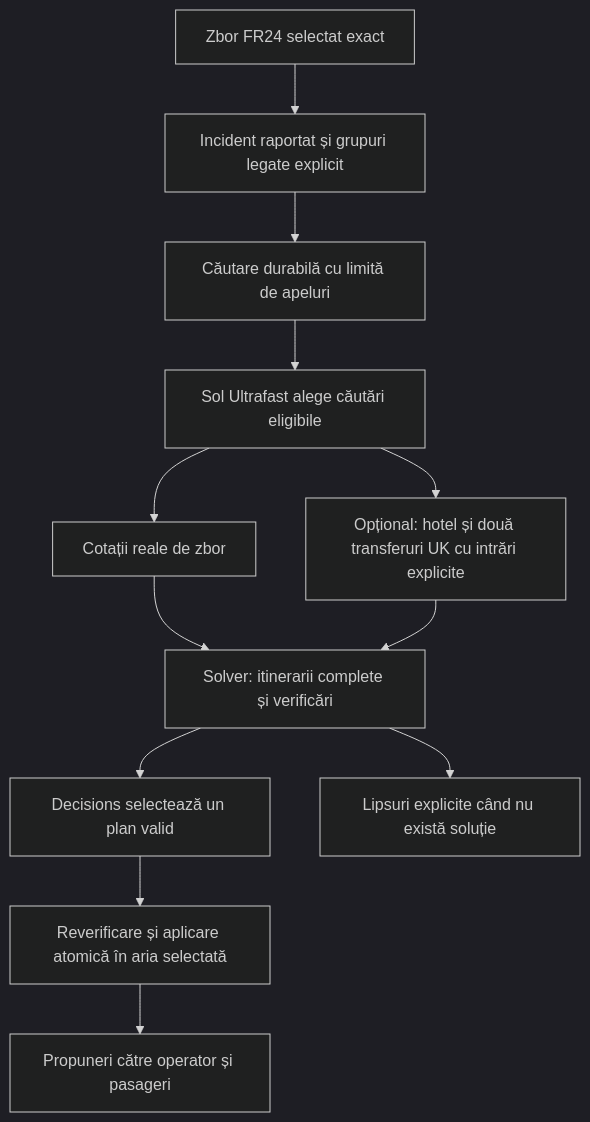
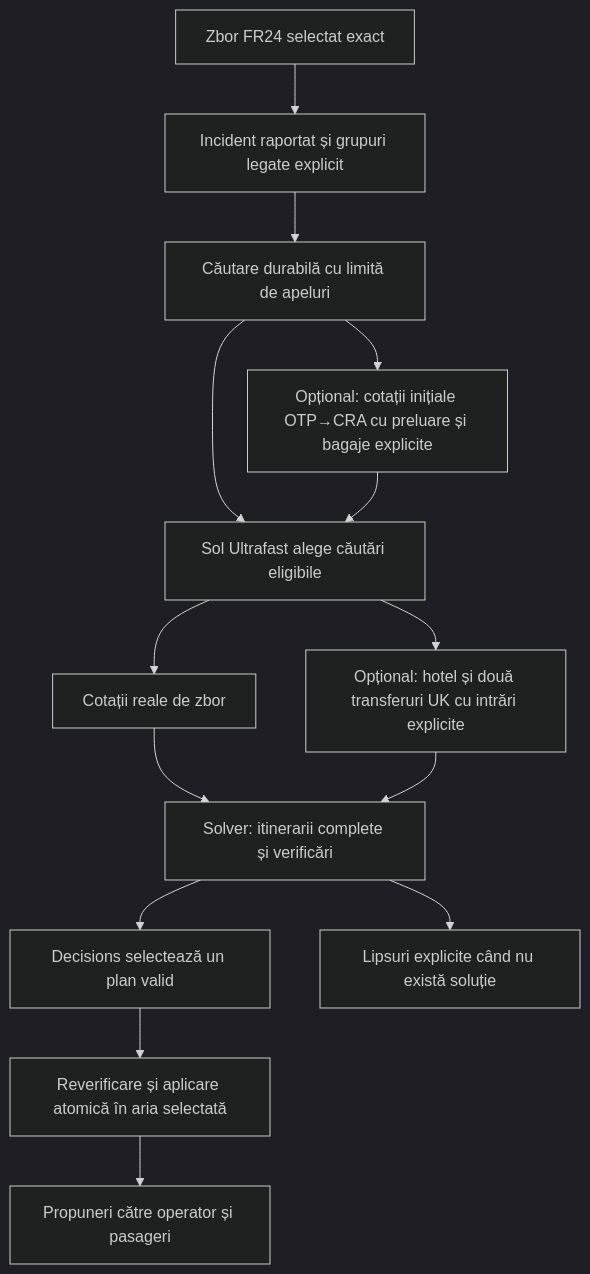
The diagram in docs/product-spec.md (ape-x/craiova_hackathon_2026), drawn with Mermaid (dark theme) before and after one commit. The commit also changed other lines of this file and 28 other files, not shown here.

````diff
--- a/docs/product-spec.md
+++ b/docs/product-spec.md
@@ -67,14 +67,16 @@
 ```mermaid
 flowchart TD
     F[Zbor FR24 selectat exact] --> I[Incident raportat și grupuri legate explicit]
     I --> J[Căutare durabilă cu limită de apeluri]
     J --> S[Sol Ultrafast alege căutări eligibile]
+    J --> B[Opțional: cotații inițiale OTP→CRA cu preluare și bagaje explicite]
+    B --> S
     S --> Q[Cotații reale de zbor]
     Q --> V[Solver: itinerarii complete și verificări]
     S --> H[Opțional: hotel și două transferuri UK cu intrări explicite]
     H --> V
     V --> D[Decisions selectează un plan valid]
     D --> C[Reverificare și aplicare atomică în aria selectată]
     C --> P[Propuneri către operator și pasageri]
     V --> G[Lipsuri explicite când nu există soluție]
 ```
````
